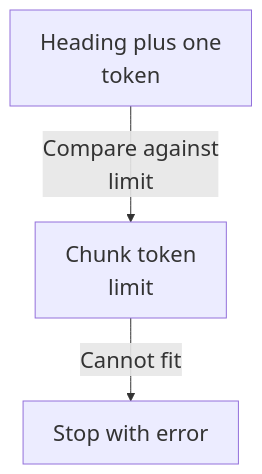
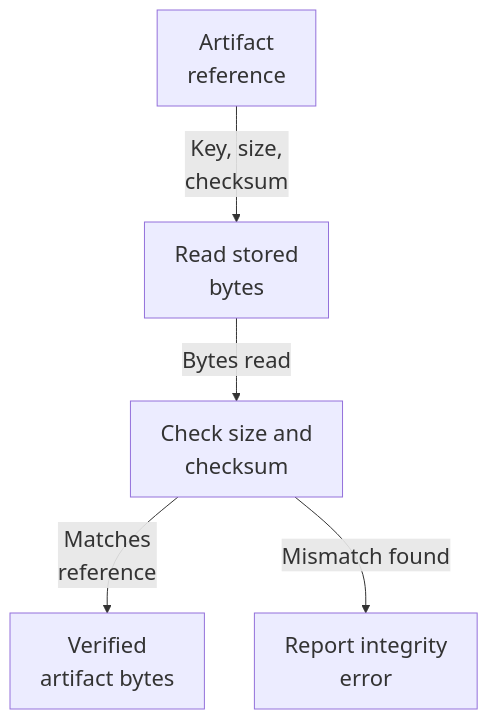
The third of 4 diagrams in maps/ingestion/README.md (Justin-Mendoza/Afterclass), drawn with Mermaid before and after one commit. The commit also changed other lines of this file and 85 other files, not shown here.

````diff
--- a/maps/ingestion/README.md
+++ b/maps/ingestion/README.md
@@ -99,9 +95,13 @@
 ```mermaid
 %%{init: {"themeVariables": {"fontSize": "22px"}}}%%
 flowchart TD
-  n0["Heading plus one<br/>token"]
-  n1["Chunk token<br/>limit"]
-  n2["Stop with error"]
-  n0 -->|"Compare against<br/>limit"| n1
-  n1 -->|"Cannot fit"| n2
+  n0["Artifact<br/>reference"]
+  n1["Read stored<br/>bytes"]
+  n2["Check size and<br/>checksum"]
+  n3["Verified<br/>artifact bytes"]
+  n4["Report integrity<br/>error"]
+  n0 -->|"Key, size,<br/>checksum"| n1
+  n1 -->|"Bytes read"| n2
+  n2 -->|"Matches<br/>reference"| n3
+  n2 -->|"Mismatch found"| n4
 ```
````
